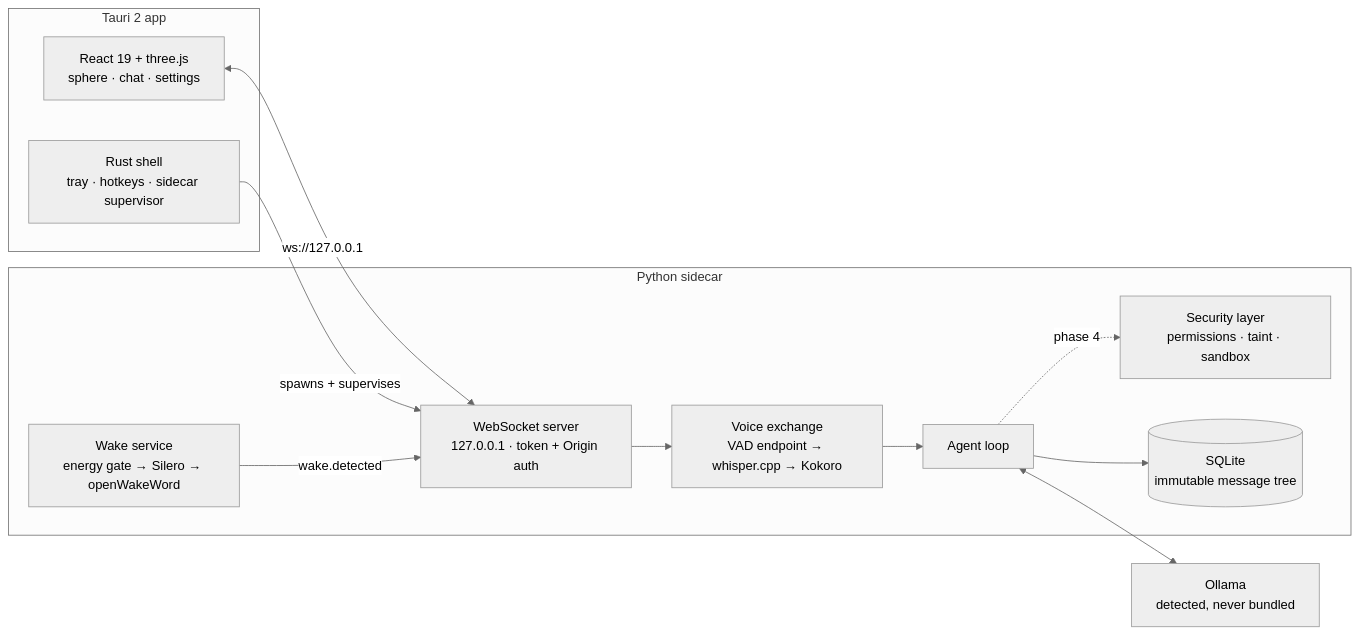
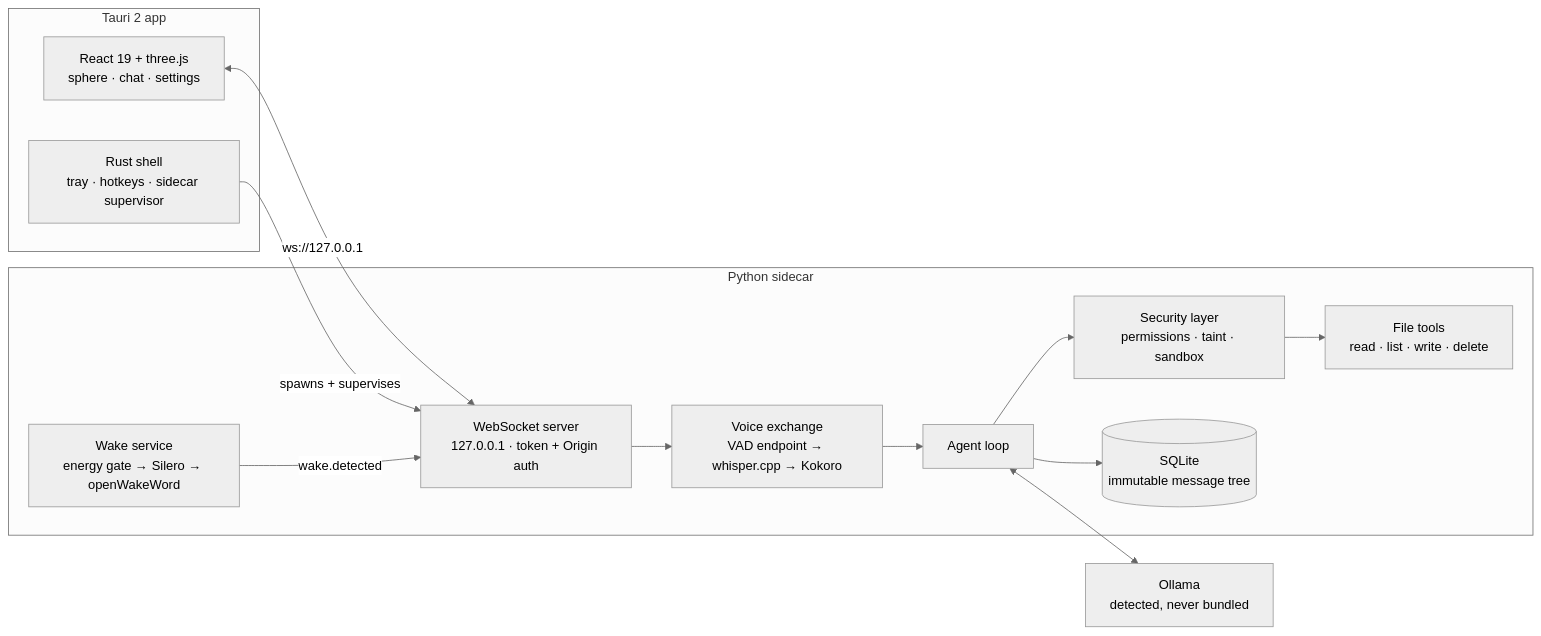
The diagram in README.md (AayushSharma1003/jarvis), drawn with Mermaid (neutral theme) before and after one commit. The commit also changed other lines of this file and 10 other files, not shown here.

````diff
--- a/README.md
+++ b/README.md
@@ -80,24 +83,25 @@
 ```mermaid
 flowchart LR
     subgraph app["Tauri 2 app"]
         UI["React 19 + three.js<br/>sphere · chat · settings"]
         RS["Rust shell<br/>tray · hotkeys · sidecar supervisor"]
     end
     subgraph py["Python sidecar"]
         WS["WebSocket server<br/>127.0.0.1 · token + Origin auth"]
         WAKE["Wake service<br/>energy gate → Silero → openWakeWord"]
         VOICE["Voice exchange<br/>VAD endpoint → whisper.cpp → Kokoro"]
         AG["Agent loop"]
         SEC["Security layer<br/>permissions · taint · sandbox"]
+        TOOLS["File tools<br/>read · list · write · delete"]
         DB[("SQLite<br/>immutable message tree")]
     end
     OLLAMA["Ollama<br/>detected, never bundled"]
 
     UI <-->|"ws://127.0.0.1"| WS
     RS -->|spawns + supervises| WS
     WAKE -->|wake.detected| WS
     WS --> VOICE --> AG
-    AG -.->|phase 4| SEC
+    AG --> SEC --> TOOLS
     AG <--> OLLAMA
     AG --> DB
 ```
````
